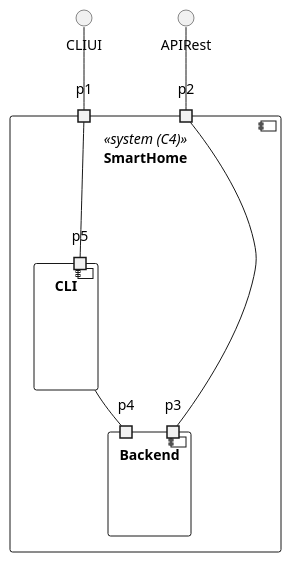
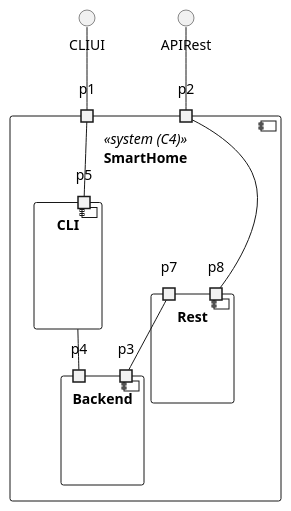
Before and after one commit to olivDiogo/SmartHome: the diagram in docs/ooa/C4_4plus1_models/Level2/ImplementationView/ImplementationViewLevel2.puml, drawn with PlantUML. The commit also changed 2 other files, not shown here.

Commit message:
#433 added diagrams to ImplementationViewLevel3.puml and updates

```diff
--- a/docs/ooa/C4_4plus1_models/Level2/ImplementationView/ImplementationViewLevel2.puml
+++ b/docs/ooa/C4_4plus1_models/Level2/ImplementationView/ImplementationViewLevel2.puml
@@ -1,24 +1,29 @@
 @startuml
 'https://plantuml.com/component-diagram
 component SmartHome <<system (C4)>> {
     port p1
     port p2
 
     component Backend {
         port p3
         port p4
     }
 
     component CLI{
         port p5
     }
+    component Rest{
+        port p7
+        port p8
+    }
 }
 
 CLIUI -down- p1
 p5 - p1
 CLI -- p4
+p3 -up- p7
+p8 - p2
 
-p3 - p2
 p2 -up- APIRest
 
 @enduml
```
